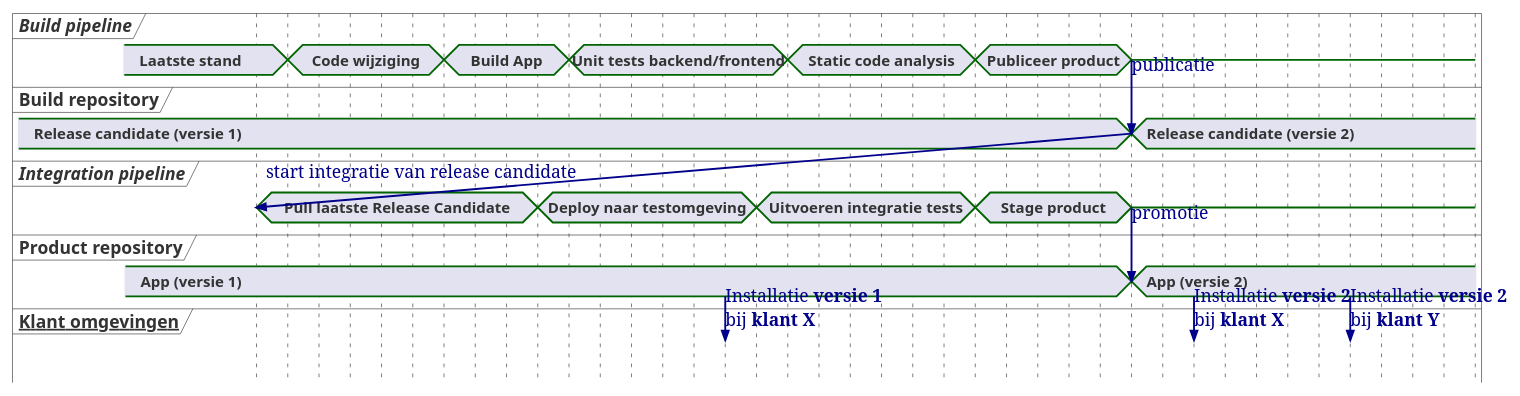
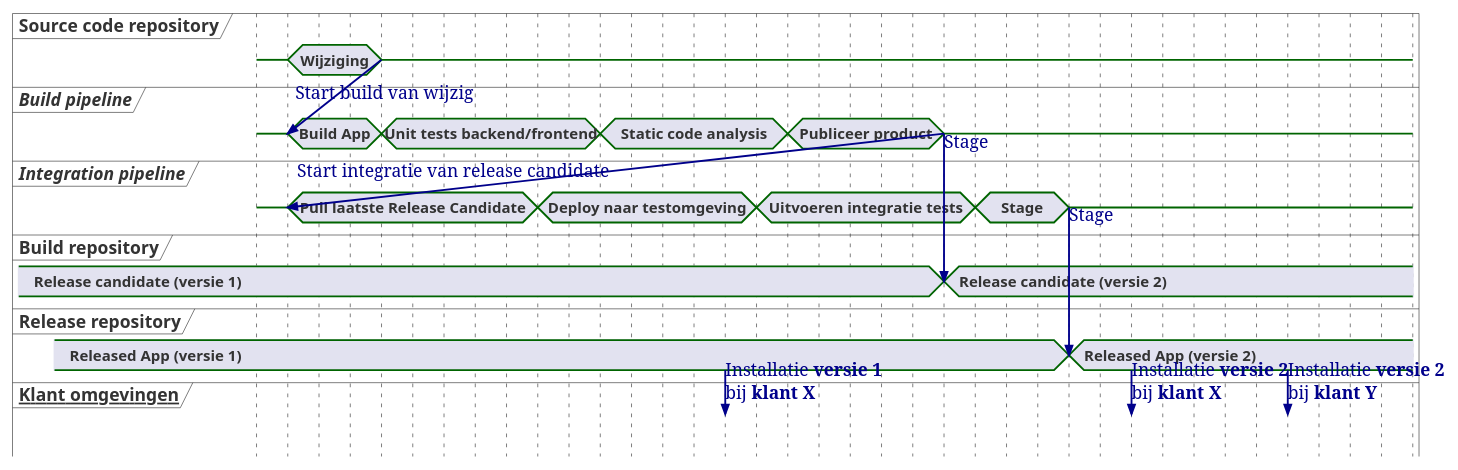
The diagram in src/main/asciidoc/diagrams/delivery-pipeline.puml (nielsdB97/test-deploy-jar), drawn with PlantUML before and after one commit.

Commit message:
delivery pipeline bijgeschaafd

```diff
--- a/src/main/asciidoc/diagrams/delivery-pipeline.puml
+++ b/src/main/asciidoc/diagrams/delivery-pipeline.puml
@@ -1,56 +1,60 @@
 @startuml
 hide time-axis
 scale 1 as 25 pixels
+concise "**Source code repository**" as scm
 concise "//Build pipeline//" as build
+concise "//Integration pipeline//" as ci
 concise "**Build repository**" as dev
-concise "//Integration pipeline//" as ci
-concise "**Product repository**" as master
+concise "**Release repository**" as master
 concise "**__Klant omgevingen__**" as production
 
-build is "Laatste stand"
 dev is "Release candidate (versie 1)"
-master is "App (versie 1)"
+master is "Released App (versie 1)"
+
+@0
+scm is {-}
+build is {-}
+ci is {-}
 
 @1
-build is "Code wijziging"
-@6
+scm is "Wijziging"
+@4
+scm is {-}
+scm -> build@1: Start build van wijzig\n
+
+@1
 build is "Build App"
-@10
+@4
 build is "Unit tests backend/frontend"
+@11
+build is "Static code analysis"
 @17
-build is "Static code analysis"
-@23
 build is "Publiceer product"
-@28
+@22
 build is {-}
-build -> dev: publicatie\n\n
-
-@28
+build -> dev: Stage\n\n\n\n\n
+build --> ci@1: Start integratie van release candidate\n
 dev is "Release candidate (versie 2)"
-
-dev --> ci@0: start integratie van release candidate\n
-@0
+@1
 ci is "Pull laatste Release Candidate"
 @9
 ci is "Deploy naar testomgeving"
 @16
 ci is "Uitvoeren integratie tests"
 @23
-ci is "Stage product"
-@28
+ci is "Stage"
+@26
 ci is {-}
-ci -> master: promotie\n\n
-
-@28
-master is "App (versie 2)"
+ci -> master: Stage\n\n\n\n\n
+master is "Released App (versie 2)"
 
 @15
 master -> production : Installatie **versie 1**\nbij **klant X**
-@30
+@28
 master -> production : Installatie **versie 2**\nbij **klant X**
-@35
+@33
 master -> production : Installatie **versie 2**\nbij **klant Y**
 
-@38
+@36
 
 @enduml
```
